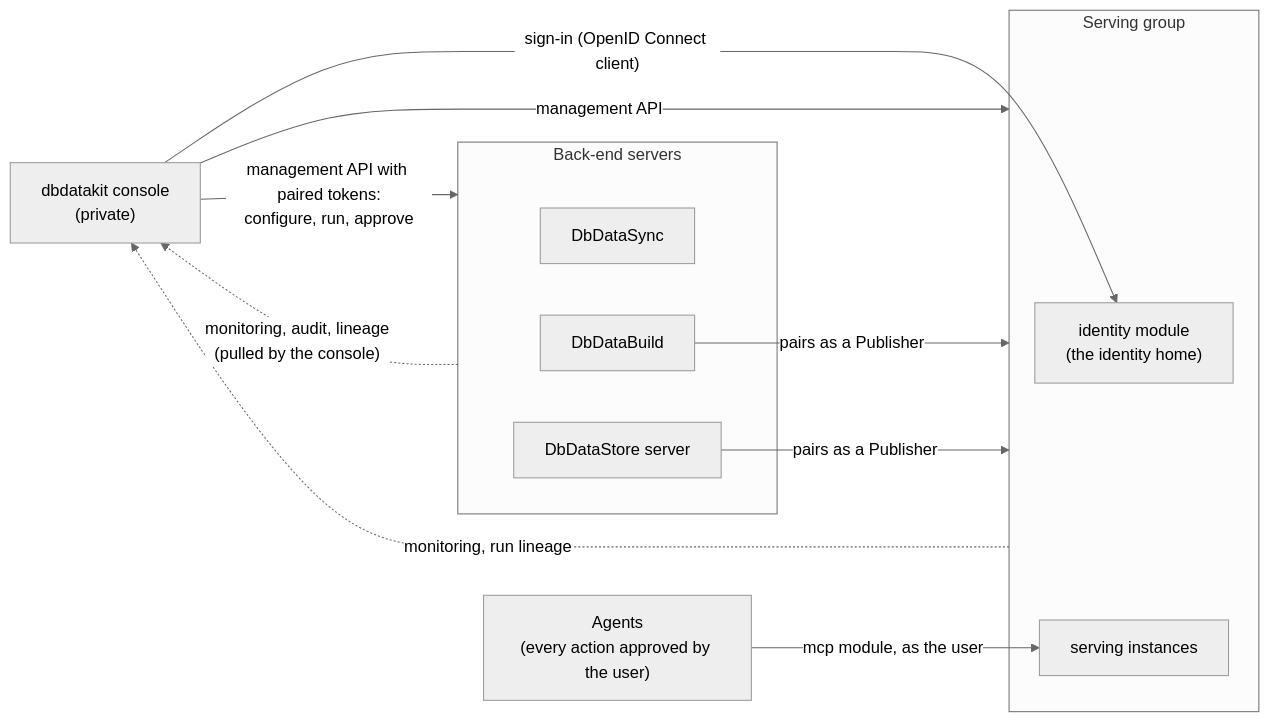
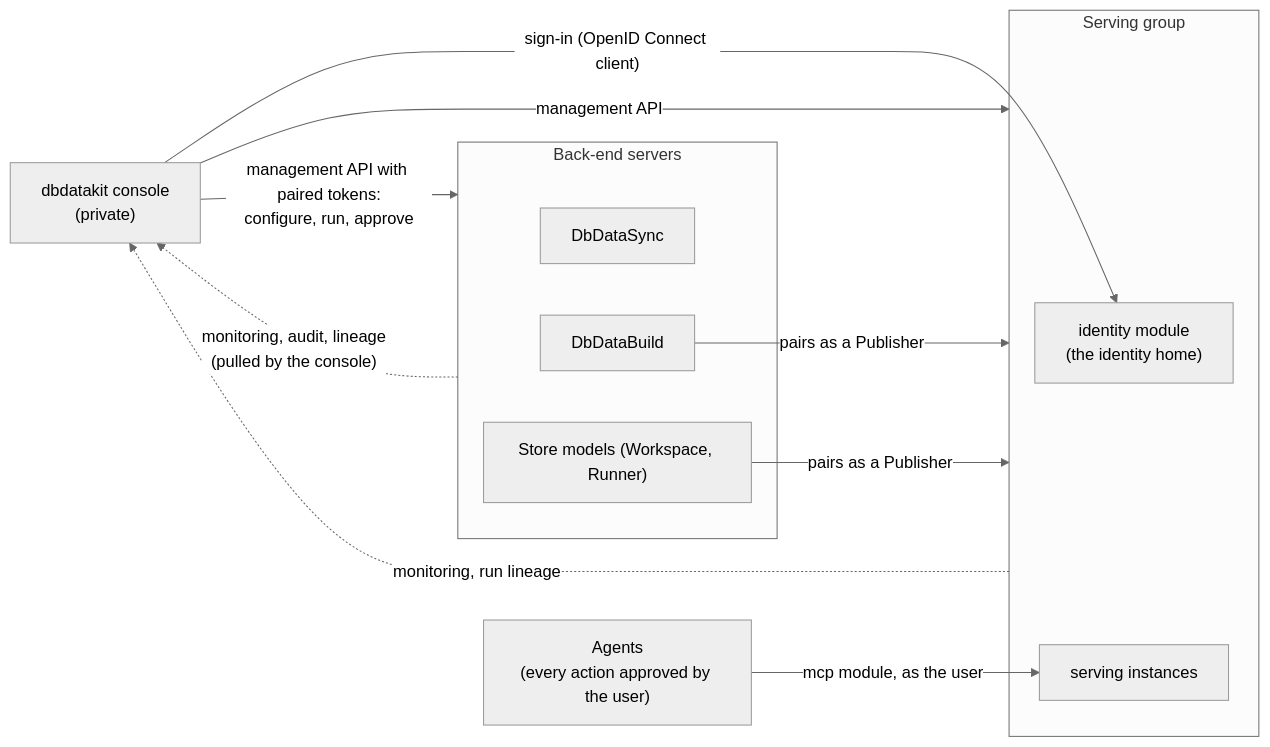
Before and after one commit to DbDataSync/DbDataKit: the second of 2 diagrams in docs/suite-data-flow.md, drawn with Mermaid (neutral theme). The commit also changed other lines of this file and 115 other files, not shown here.

First line of the commit message:
SC23a: the Store server is deleted; dbdatastore is the runtime of a model's package and a command line on a folder of models; SC23 split into slices

````diff
--- a/docs/suite-data-flow.md
+++ b/docs/suite-data-flow.md
@@ -88,25 +88,25 @@
 ```mermaid
 flowchart LR
     CON["dbdatakit console<br/>(private)"]
     AG["Agents<br/>(every action approved by the user)"]
 
     subgraph EDGE["Serving group"]
         ID["identity module<br/>(the identity home)"]
         SV["serving instances"]
     end
 
     subgraph SERVERS["Back-end servers"]
         S["DbDataSync"]
         B["DbDataBuild"]
-        D["DbDataStore server"]
+        D["Store models (Workspace, Runner)"]
     end
 
     CON -->|"sign-in (OpenID Connect client)"| ID
     CON -->|"management API with paired tokens:<br/>configure, run, approve"| SERVERS
     CON -->|"management API"| EDGE
     SERVERS -.->|"monitoring, audit, lineage<br/>(pulled by the console)"| CON
     EDGE -.->|"monitoring, run lineage"| CON
     B -->|"pairs as a Publisher"| EDGE
     D -->|"pairs as a Publisher"| EDGE
     AG -->|"mcp module, as the user"| SV
 ```
````
